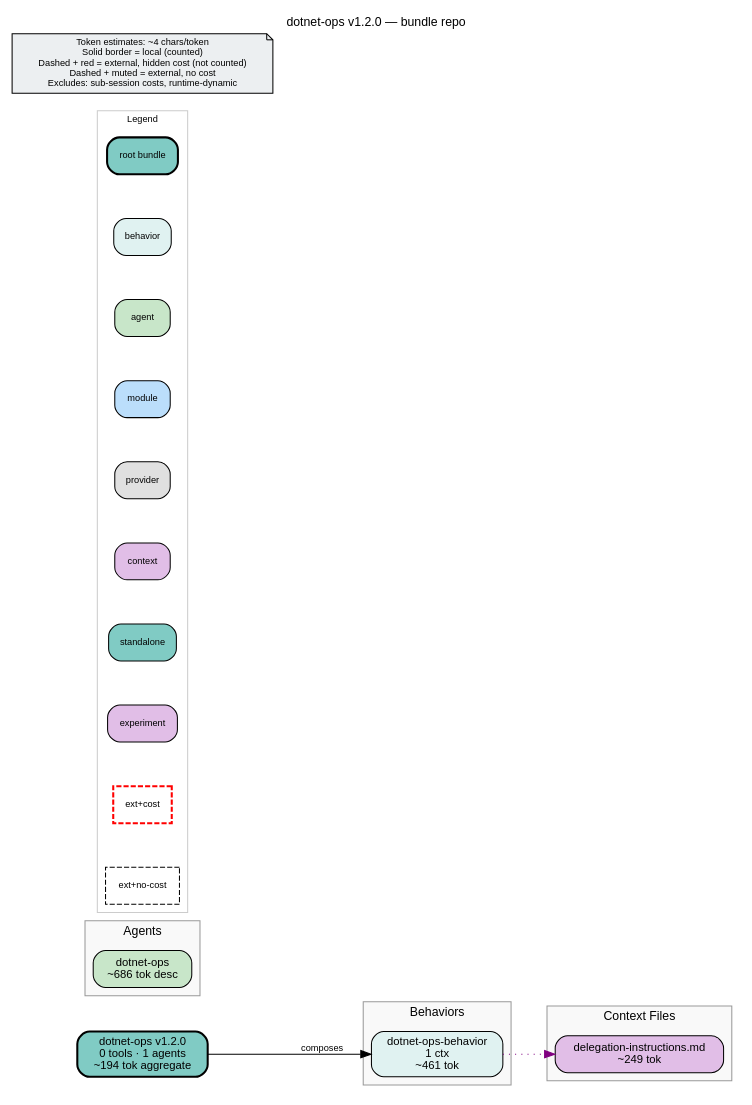
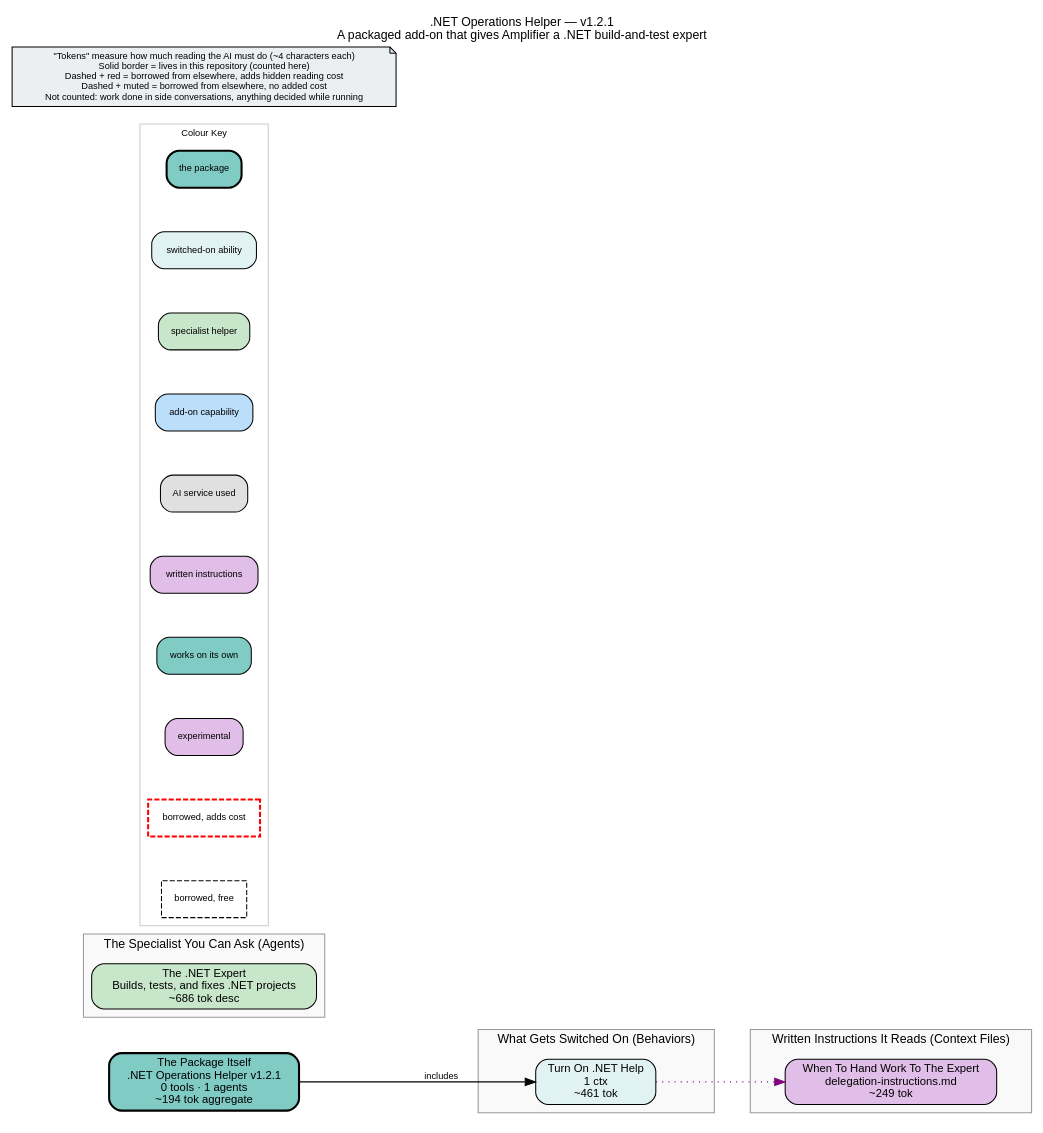
One commit to colombod/amplifier-bundle-dotnet-ops changed the diagram in bundle.dot. Above: the diagram before and after it, drawn with Graphviz. The commit also changed 5 other files, not shown here.

```diff
--- a/bundle.dot
+++ b/bundle.dot
@@ -1,69 +1,70 @@
+// This repository packages a ready-made ".NET helper" assistant that Amplifier can install, so a project can get expert help with .NET build, test, and troubleshooting tasks.
 digraph dotnet_ops {
     rankdir=LR
     fontname="Helvetica"
     fontsize=12
-    label="dotnet-ops v1.2.0 — bundle repo"
+    label=".NET Operations Helper — v1.2.1\nA packaged add-on that gives Amplifier a .NET build-and-test expert"
     labelloc=t
     labeljust=c
     nodesep=0.6
     ranksep=0.7
     bgcolor="white"
-    source_hash="b103838043982cde276da91ee1dcf7c04172a75a23f50efbd5177d0cb680a593"
+    source_hash="94531b62e8594e83e48ceeb0b5c102f6bdf8eb645a441ce17d0b331c5adb53c2"
 
     node [fontname="Helvetica", fontsize=11, style="filled,rounded"]
     edge [fontname="Helvetica", fontsize=9]
 
-    root_dotnet_ops [label="dotnet-ops v1.2.0\n0 tools · 1 agents\n~194 tok aggregate", shape=box, fillcolor="#80cbc4", style="filled,rounded,bold", penwidth=2]
+    root_dotnet_ops [label="The Package Itself\n.NET Operations Helper v1.2.1\n0 tools · 1 agents\n~194 tok aggregate", shape=box, fillcolor="#80cbc4", style="filled,rounded,bold", penwidth=2]
 
     subgraph cluster_behaviors {
-        label="Behaviors"
+        label="What Gets Switched On (Behaviors)"
         style="filled"
         fillcolor="#f9f9f9"
         color="#999999"
 
-        beh_dotnet_ops_behavior [label="dotnet-ops-behavior\n1 ctx\n~461 tok", shape=box, fillcolor="#e0f2f1", style="filled,rounded"]
+        beh_dotnet_ops_behavior [label="Turn On .NET Help\n1 ctx\n~461 tok", shape=box, fillcolor="#e0f2f1", style="filled,rounded"]
     }
 
     subgraph cluster_agents {
-        label="Agents"
+        label="The Specialist You Can Ask (Agents)"
         style="filled"
         fillcolor="#f9f9f9"
         color="#999999"
 
-        agt_dotnet_ops [label="dotnet-ops\n~686 tok desc", shape=box, fillcolor="#c8e6c9", style="filled,rounded"]
+        agt_dotnet_ops [label="The .NET Expert\nBuilds, tests, and fixes .NET projects\n~686 tok desc", shape=box, fillcolor="#c8e6c9", style="filled,rounded"]
     }
 
     subgraph cluster_context {
-        label="Context Files"
+        label="Written Instructions It Reads (Context Files)"
         style="filled"
         fillcolor="#f9f9f9"
         color="#999999"
 
-        ctx_delegation_instructions_md [label="delegation-instructions.md\n~249 tok", shape=box, fillcolor="#e1bee7", style="filled,rounded"]
+        ctx_delegation_instructions_md [label="When To Hand Work To The Expert\ndelegation-instructions.md\n~249 tok", shape=box, fillcolor="#e1bee7", style="filled,rounded"]
     }
 
     subgraph cluster_legend {
-        label="Legend"
+        label="Colour Key"
         style="filled"
         fillcolor="white"
         color="#cccccc"
         fontsize=9
 
-        leg_root [label="root bundle", shape=box, fillcolor="#80cbc4", style="filled,rounded,bold", fontsize=9]
-        leg_behavior [label="behavior", shape=box, fillcolor="#e0f2f1", style="filled,rounded", fontsize=9]
-        leg_agent [label="agent", shape=box, fillcolor="#c8e6c9", style="filled,rounded", fontsize=9]
-        leg_module [label="module", shape=box, fillcolor="#bbdefb", style="filled,rounded", fontsize=9]
-        leg_provider [label="provider", shape=box, fillcolor="#e0e0e0", style="filled,rounded", fontsize=9]
-        leg_context [label="context", shape=box, fillcolor="#e1bee7", style="filled,rounded", fontsize=9]
-        leg_standalone [label="standalone", shape=box, fillcolor="#80cbc4", style="filled,rounded", fontsize=9]
-        leg_experiment [label="experiment", shape=box, fillcolor="#e1bee7", style="filled,rounded", fontsize=9]
-        leg_ext_cost [label="ext+cost", shape=box, fillcolor="#80cbc4", style="dashed", color="red", penwidth=2, fontsize=9]
-        leg_ext_muted [label="ext+no-cost", shape=box, fillcolor="#f5f5f5", style="dashed", fontsize=9]
+        leg_root [label="the package", shape=box, fillcolor="#80cbc4", style="filled,rounded,bold", fontsize=9]
+        leg_behavior [label="switched-on ability", shape=box, fillcolor="#e0f2f1", style="filled,rounded", fontsize=9]
+        leg_agent [label="specialist helper", shape=box, fillcolor="#c8e6c9", style="filled,rounded", fontsize=9]
+        leg_module [label="add-on capability", shape=box, fillcolor="#bbdefb", style="filled,rounded", fontsize=9]
+        leg_provider [label="AI service used", shape=box, fillcolor="#e0e0e0", style="filled,rounded", fontsize=9]
+        leg_context [label="written instructions", shape=box, fillcolor="#e1bee7", style="filled,rounded", fontsize=9]
+        leg_standalone [label="works on its own", shape=box, fillcolor="#80cbc4", style="filled,rounded", fontsize=9]
+        leg_experiment [label="experimental", shape=box, fillcolor="#e1bee7", style="filled,rounded", fontsize=9]
+        leg_ext_cost [label="borrowed, adds cost", shape=box, fillcolor="#80cbc4", style="dashed", color="red", penwidth=2, fontsize=9]
+        leg_ext_muted [label="borrowed, free", shape=box, fillcolor="#f5f5f5", style="dashed", fontsize=9]
     }
 
-    disclaimer [label="Token estimates: ~4 chars/token\nSolid border = local (counted)\nDashed + red = external, hidden cost (not counted)\nDashed + muted = external, no cost\nExcludes: sub-session costs, runtime-dynamic", shape=note, fillcolor="#eceff1", style="filled", fontsize=9]
+    disclaimer [label="\"Tokens\" measure how much reading the AI must do (~4 characters each)\nSolid border = lives in this repository (counted here)\nDashed + red = borrowed from elsewhere, adds hidden reading cost\nDashed + muted = borrowed from elsewhere, no added cost\nNot counted: work done in side conversations, anything decided while running", shape=note, fillcolor="#eceff1", style="filled", fontsize=9]
 
 
-    root_dotnet_ops -> beh_dotnet_ops_behavior [label="composes"]
+    root_dotnet_ops -> beh_dotnet_ops_behavior [label="includes"]
     beh_dotnet_ops_behavior -> ctx_delegation_instructions_md [style=dotted, color=purple]
 }
```
